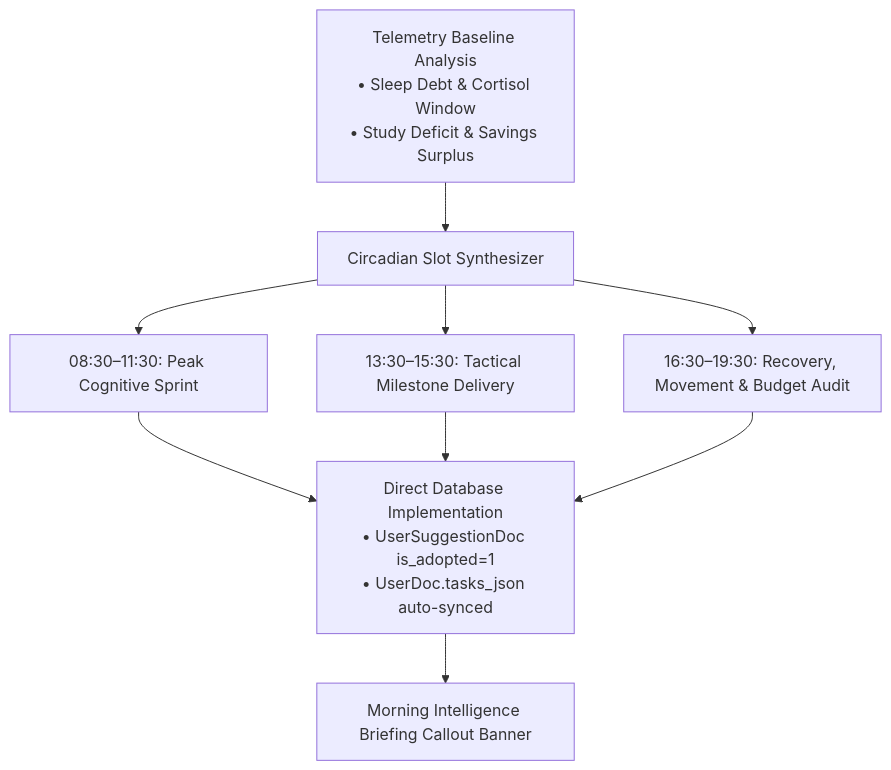
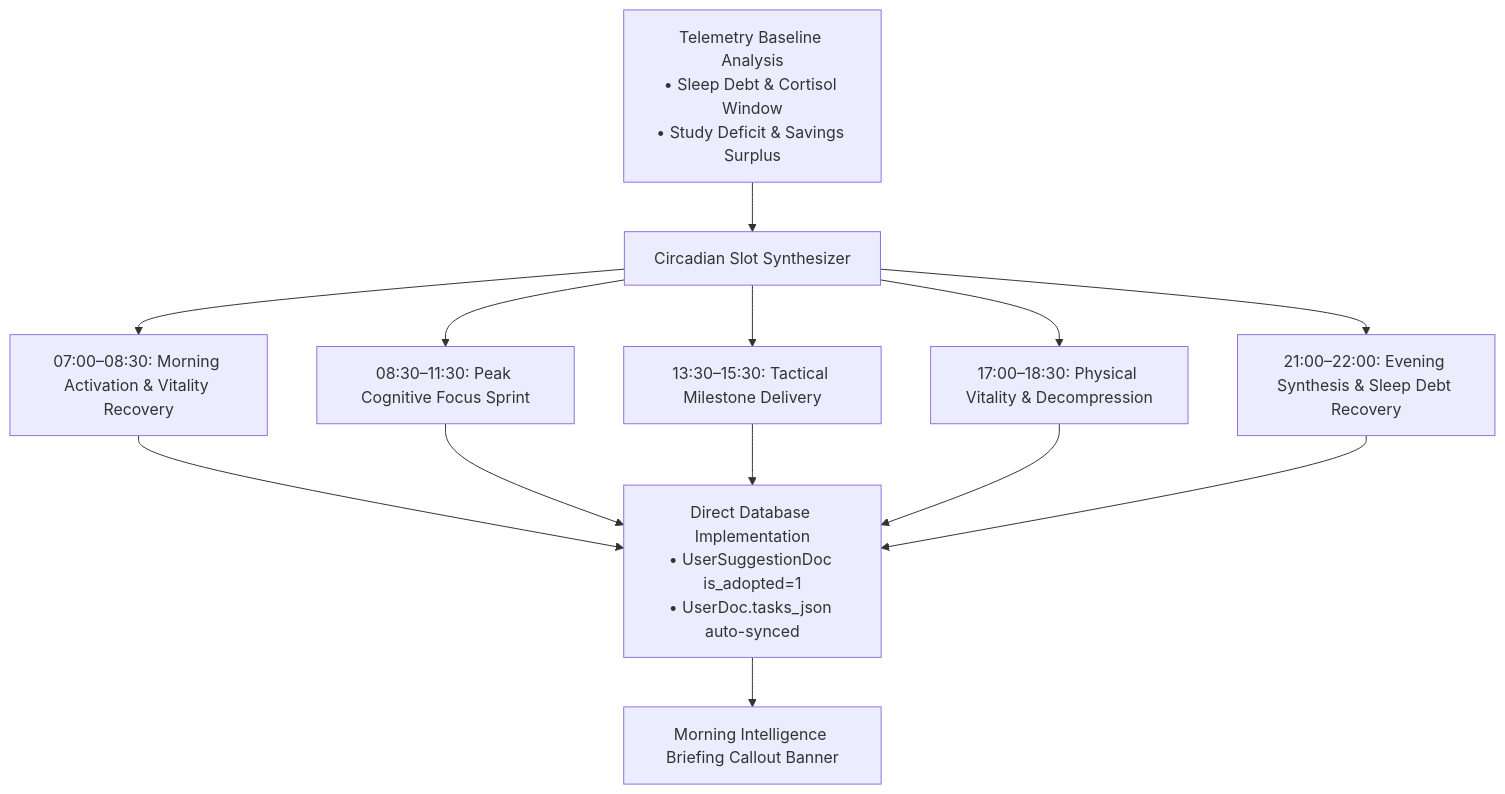
The fourth of 6 diagrams in docs/workflow/06_task_planner_and_suggestions.md (notysozu/AI-Based-Visual-Risk-and-Compliance-Intelligence-System), drawn with Mermaid before and after one commit. The commit also changed other lines of this file and 6 other files, not shown here.

Commit message:
docs: update system architecture, core capabilities, API reference, and workflows with autonomous planner, table parser, and mermaid diagrams

````diff
--- a/docs/workflow/06_task_planner_and_suggestions.md
+++ b/docs/workflow/06_task_planner_and_suggestions.md
@@ -66,10 +97,12 @@
 ```mermaid
 flowchart TD
   T1["Telemetry Baseline Analysis<br/>• Sleep Debt & Cortisol Window<br/>• Study Deficit & Savings Surplus"] --> S1["Circadian Slot Synthesizer"]
-  S1 --> W1["08:30–11:30: Peak Cognitive Sprint"]
-  S1 --> W2["13:30–15:30: Tactical Milestone Delivery"]
-  S1 --> W3["16:30–19:30: Recovery, Movement & Budget Audit"]
+  S1 --> W1["07:00–08:30: Morning Activation & Vitality Recovery"]
+  S1 --> W2["08:30–11:30: Peak Cognitive Focus Sprint"]
+  S1 --> W3["13:30–15:30: Tactical Milestone Delivery"]
+  S1 --> W4["17:00–18:30: Physical Vitality & Decompression"]
+  S1 --> W5["21:00–22:00: Evening Synthesis & Sleep Debt Recovery"]
   
-  W1 & W2 & W3 --> E1["Direct Database Implementation<br/>• UserSuggestionDoc is_adopted=1<br/>• UserDoc.tasks_json auto-synced"]
+  W1 & W2 & W3 & W4 & W5 --> E1["Direct Database Implementation<br/>• UserSuggestionDoc is_adopted=1<br/>• UserDoc.tasks_json auto-synced"]
   E1 --> B1["Morning Intelligence Briefing Callout Banner"]
 ```
````
